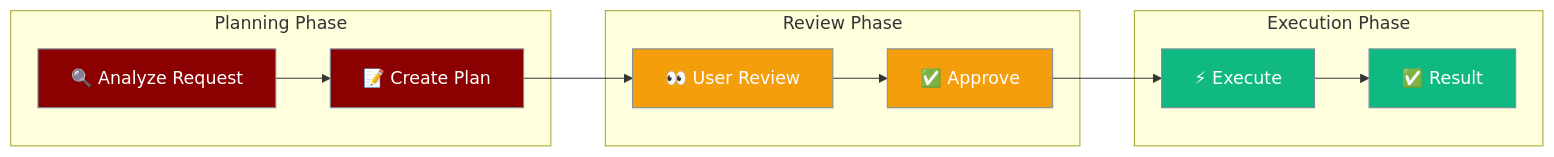
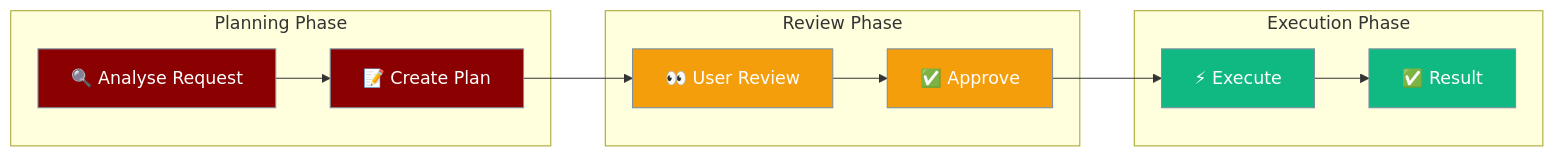
Before and after one commit to MervinPraison/PraisonAIDocs: the first of 2 diagrams in docs/features/planning-mode.mdx, drawn with Mermaid. The commit also changed other lines of this file and 4 other files, not shown here.

````diff
--- a/docs/features/planning-mode.mdx
+++ b/docs/features/planning-mode.mdx
@@ -10,32 +21,31 @@
 ```mermaid
 graph LR
     subgraph "Planning Phase"
-        ANALYZE["🔍 Analyze Request"]
-        PLAN["📝 Create Plan"]
+        ANALYZE[🔍 Analyse Request]
+        PLAN[📝 Create Plan]
     end
 
     subgraph "Review Phase"
-        REVIEW["👀 User Review"]
-        APPROVE["✅ Approve"]
+        REVIEW[👀 User Review]
+        APPROVE[✅ Approve]
     end
 
     subgraph "Execution Phase"
-        EXECUTE["⚡ Execute"]
-        RESULT["✅ Result"]
+        EXECUTE[⚡ Execute]
+        RESULT[✅ Result]
     end
 
     ANALYZE --> PLAN
     PLAN --> REVIEW
     REVIEW --> APPROVE
     APPROVE --> EXECUTE
     EXECUTE --> RESULT
 
     classDef agent fill:#8B0000,stroke:#7C90A0,color:#fff
     classDef process fill:#F59E0B,stroke:#7C90A0,color:#fff
     classDef success fill:#10B981,stroke:#7C90A0,color:#fff
-    classDef config fill:#6366F1,stroke:#7C90A0,color:#fff
 
     class ANALYZE,PLAN agent
     class REVIEW,APPROVE process
     class EXECUTE,RESULT success
 ```
````
